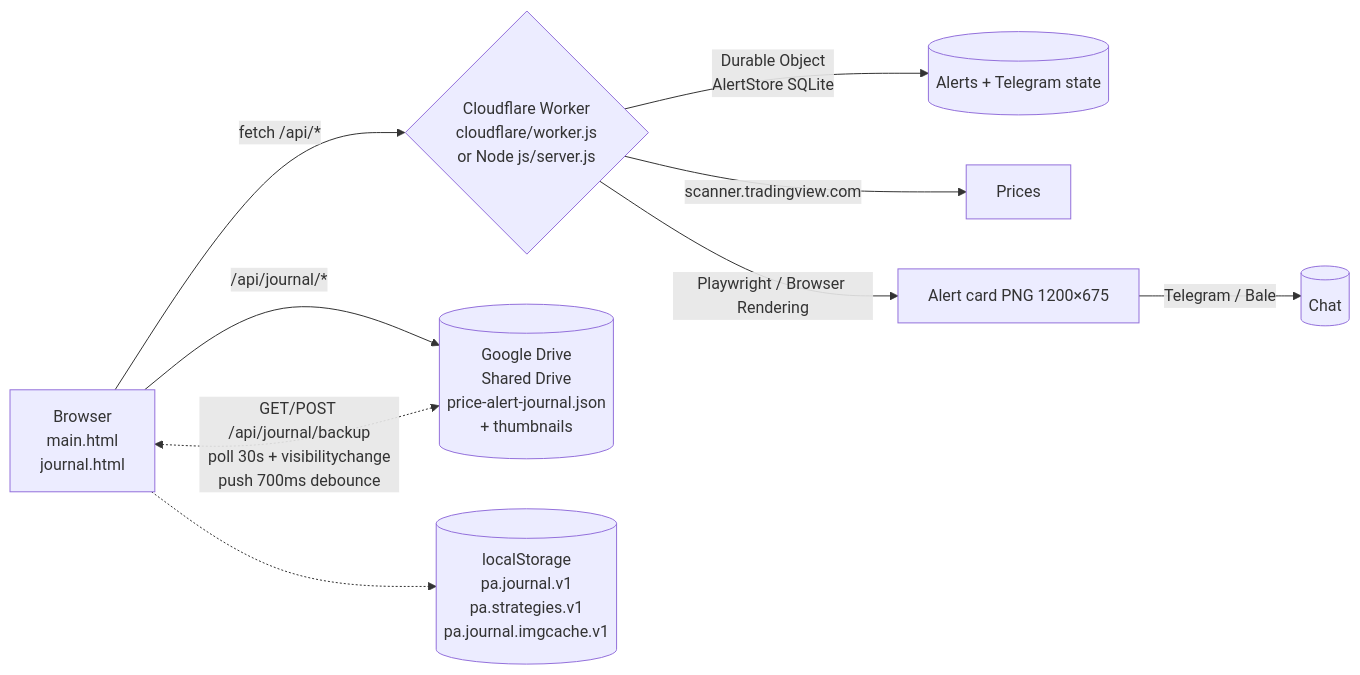
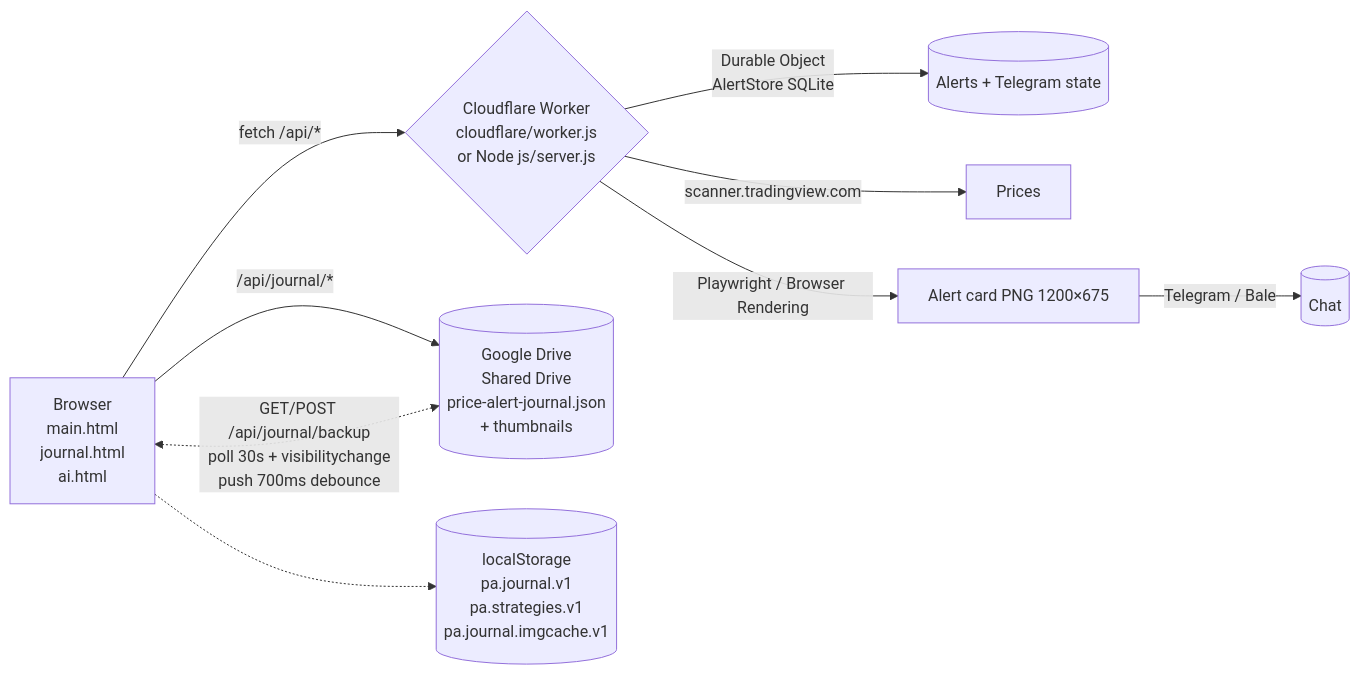
One commit to AkhalTeke7/Trading-Alert-System changed the diagram in README.md. Above: the diagram before and after it, drawn with Mermaid. The commit also changed other lines of this file and 12 other files, not shown here.

````diff
--- a/README.md
+++ b/README.md
@@ -281,11 +317,11 @@
 ```mermaid
 flowchart LR
-  U[Browser<br/>main.html<br/>journal.html] -- fetch /api/* --> W{Cloudflare Worker<br/>cloudflare/worker.js<br/>or Node js/server.js}
+  U[Browser<br/>main.html<br/>journal.html<br/>ai.html] -- fetch /api/* --> W{Cloudflare Worker<br/>cloudflare/worker.js<br/>or Node js/server.js}
   W -- Durable Object<br/>AlertStore SQLite --> S[(Alerts + Telegram state)]
   W -- scanner.tradingview.com --> P[Prices]
   W -- Playwright / Browser Rendering --> C[Alert card PNG 1200×675]
   C -- Telegram / Bale --> T[(Chat)]
   U -- /api/journal/* --> D[(Google Drive<br/>Shared Drive<br/>price-alert-journal.json<br/>+ thumbnails)]
   U -.-> L[(localStorage<br/>pa.journal.v1<br/>pa.strategies.v1<br/>pa.journal.imgcache.v1)]
   D <-.-> |"GET/POST /api/journal/backup<br/>poll 30s + visibilitychange<br/>push 700ms debounce"| U
 ```
````
